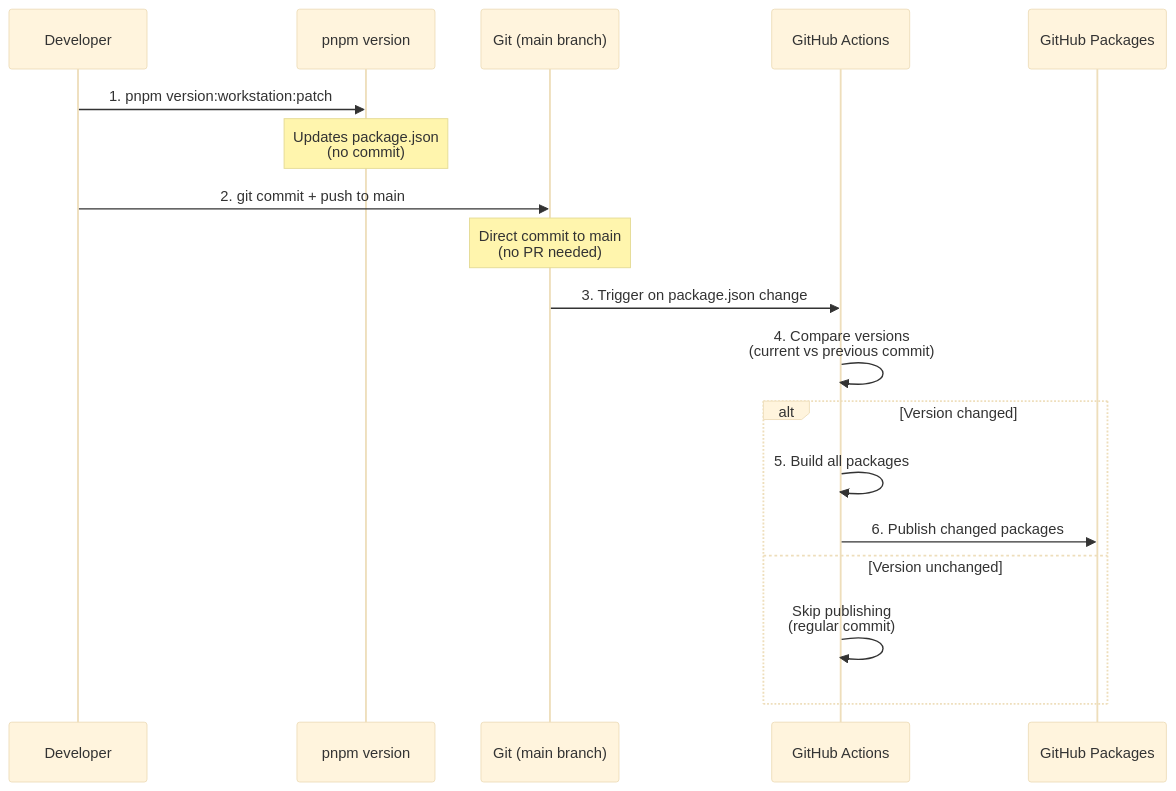
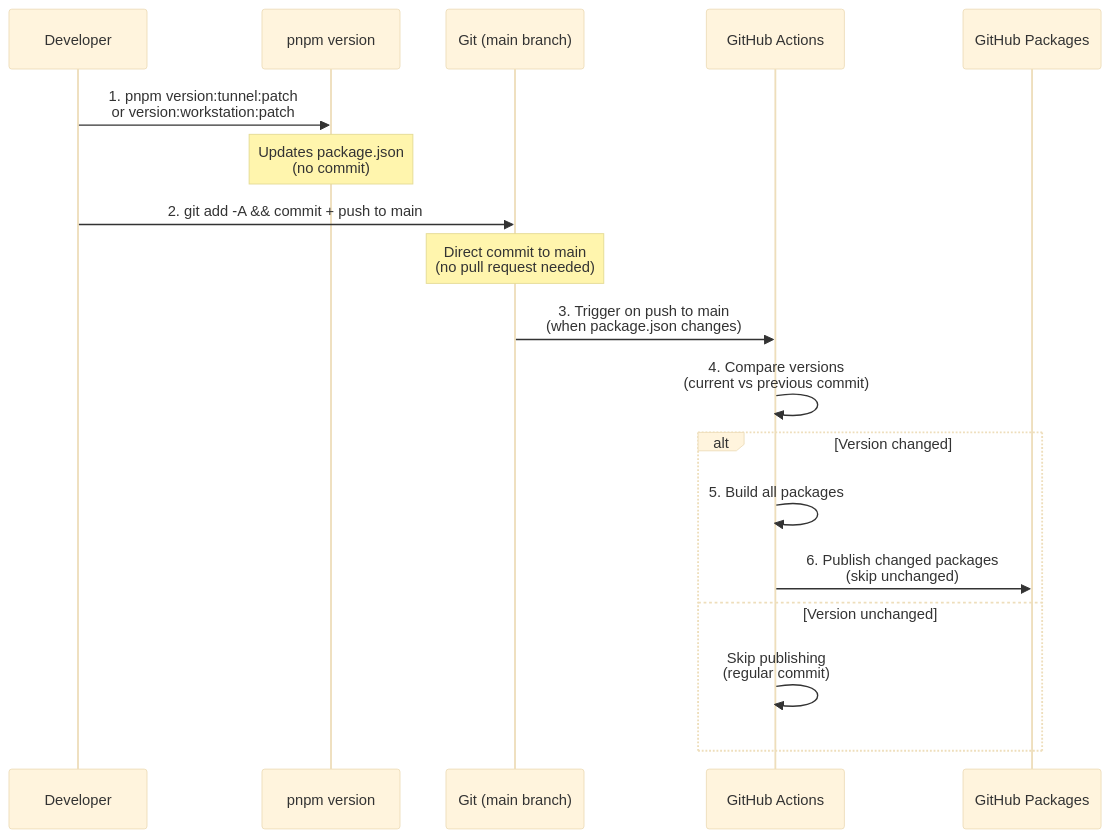
One commit to tiflis-io/tiflis-code changed the diagram in CLAUDE.md. Above: the diagram before and after it, drawn with Mermaid (base theme). The commit also changed other lines of this file, not shown here.

````diff
--- a/CLAUDE.md
+++ b/CLAUDE.md
@@ -2413,21 +2369,21 @@
 ```mermaid
 sequenceDiagram
     participant Dev as Developer
     participant CMD as pnpm version
     participant Git as Git (main branch)
     participant CI as GitHub Actions
     participant NPM as GitHub Packages
 
-    Dev->>CMD: 1. pnpm version:workstation:patch
+    Dev->>CMD: 1. pnpm version:tunnel:patch<br/>or version:workstation:patch
     Note over CMD: Updates package.json<br/>(no commit)
-    Dev->>Git: 2. git commit + push to main
-    Note over Git: Direct commit to main<br/>(no PR needed)
-    Git->>CI: 3. Trigger on package.json change
+    Dev->>Git: 2. git add -A && commit + push to main
+    Note over Git: Direct commit to main<br/>(no pull request needed)
+    Git->>CI: 3. Trigger on push to main<br/>(when package.json changes)
     CI->>CI: 4. Compare versions<br/>(current vs previous commit)
     alt Version changed
         CI->>CI: 5. Build all packages
-        CI->>NPM: 6. Publish changed packages
+        CI->>NPM: 6. Publish changed packages<br/>(skip unchanged)
     else Version unchanged
         CI->>CI: Skip publishing<br/>(regular commit)
     end
 ```
````
